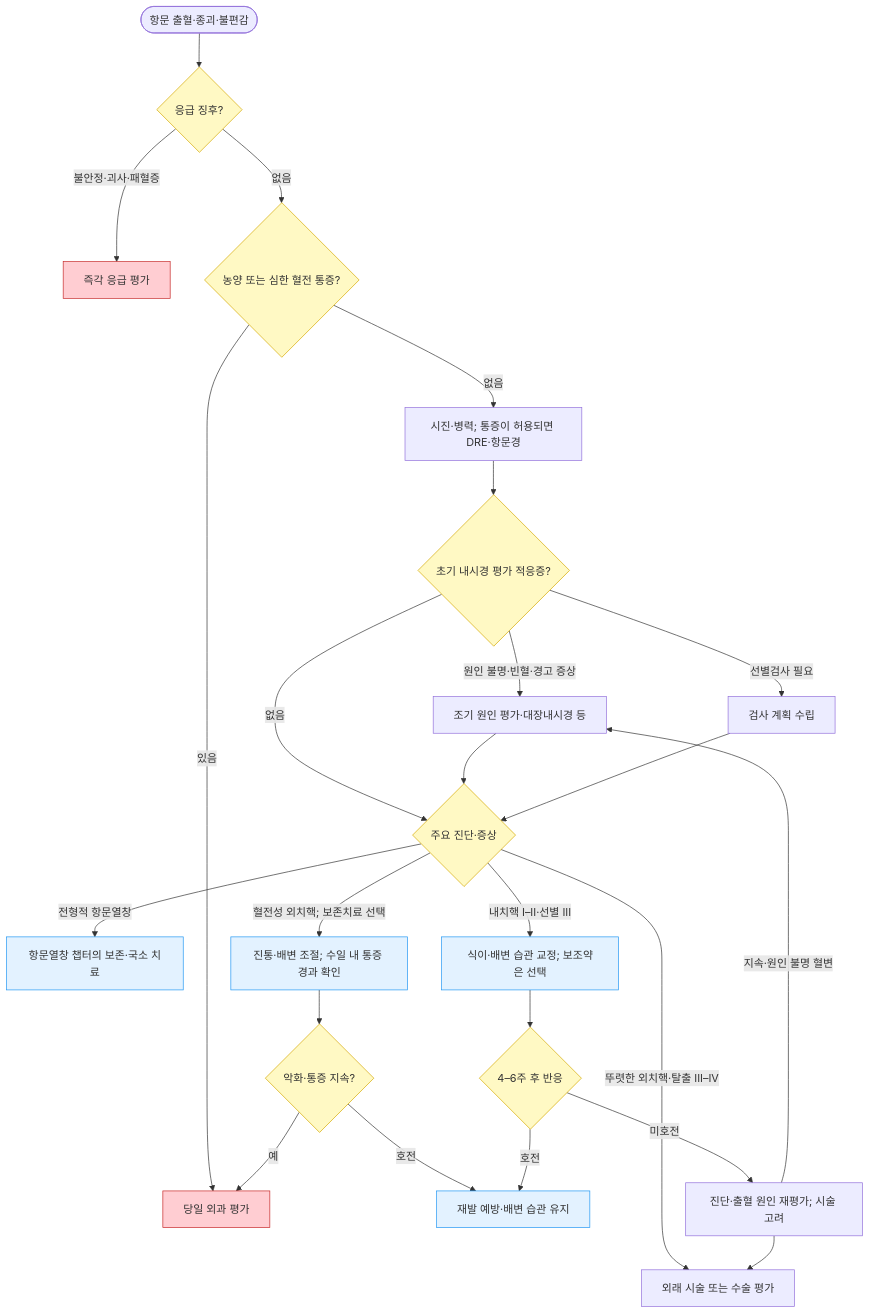
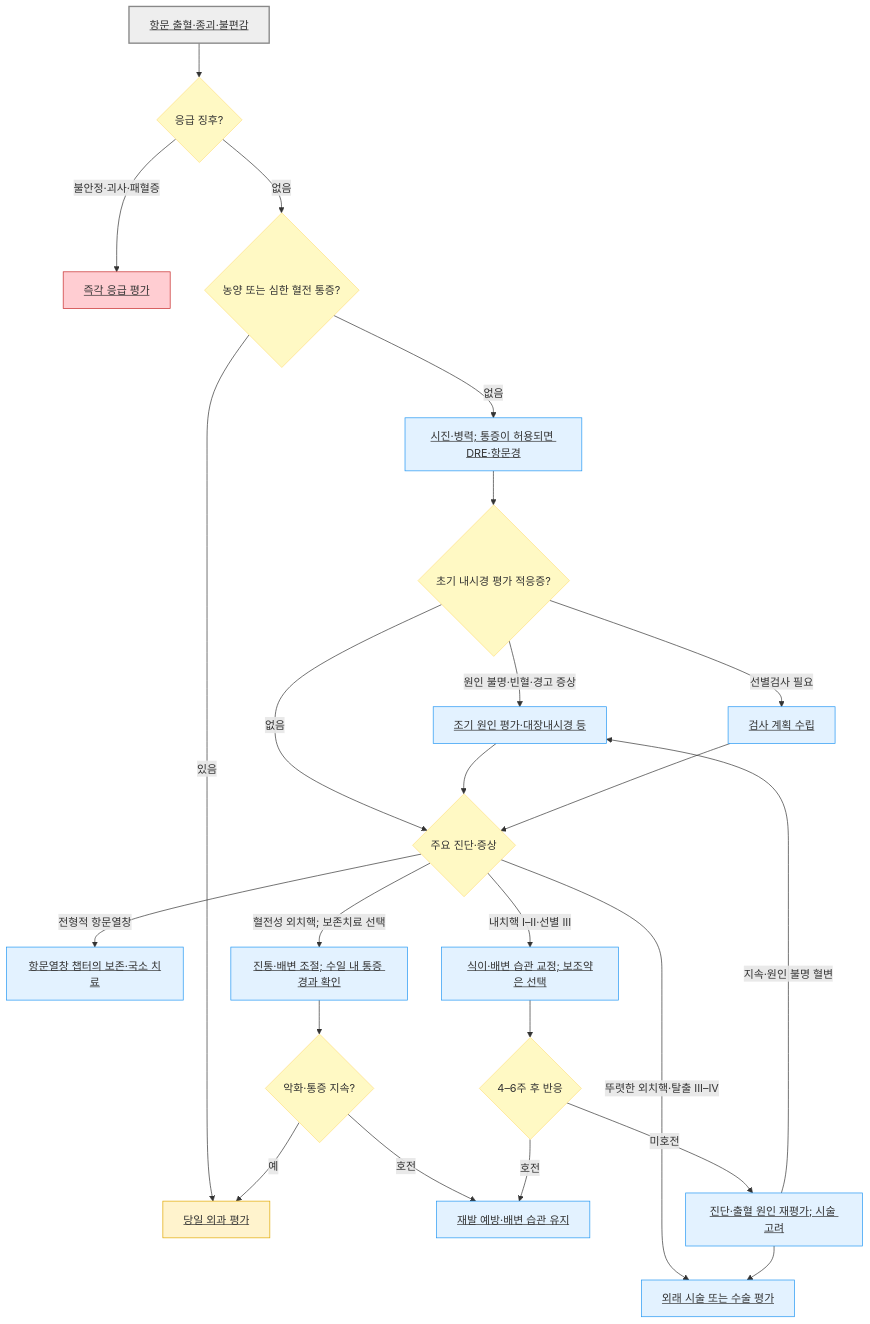
Before and after one commit to familyoh77/familyoh77: the diagram in 224_/089_-hemorrhoid.md, drawn with Mermaid. The commit also changed other lines of this file and 8 other files, not shown here.

````diff
--- a/224_/089_-hemorrhoid.md
+++ b/224_/089_-hemorrhoid.md
@@ -85,32 +85,34 @@
 ```mermaid
-graph TD
-    A(["항문 출혈·종괴·불편감"]) --> B{"응급 징후?"}
-    B -- "불안정·괴사·패혈증" --> C["즉각 응급 평가"]
+flowchart TD
+    A["<u>항문 출혈·종괴·불편감</u>"] --> B{"응급 징후?"}
+    B -- "불안정·괴사·패혈증" --> C["<u>즉각 응급 평가</u>"]
     B -- "없음" --> D{"농양 또는 심한 혈전 통증?"}
-    D -- "있음" --> X["당일 외과 평가"]
-    D -- "없음" --> E["시진·병력; 통증이 허용되면 DRE·항문경"]
+    D -- "있음" --> X["<u>당일 외과 평가</u>"]
+    D -- "없음" --> E["<u>시진·병력; 통증이 허용되면 DRE·항문경</u>"]
     E --> M{"초기 내시경 평가 적응증?"}
-    M -- "원인 불명·빈혈·경고 증상" --> N["조기 원인 평가·대장내시경 등"]
-    M -- "선별검사 필요" --> O["검사 계획 수립"]
+    M -- "원인 불명·빈혈·경고 증상" --> N["<u>조기 원인 평가·대장내시경 등</u>"]
+    M -- "선별검사 필요" --> O["<u>검사 계획 수립</u>"]
     M -- "없음" --> P{"주요 진단·증상"}
     N --> P
     O --> P
-    P -- "전형적 항문열창" --> S["항문열창 챕터의 보존·국소 치료"]
-    P -- "혈전성 외치핵; 보존치료 선택" --> G["진통·배변 조절; 수일 내 통증 경과 확인"]
-    P -- "내치핵 I–II·선별 III" --> H["식이·배변 습관 교정; 보조약은 선택"]
-    P -- "뚜렷한 외치핵·탈출 III–IV" --> J["외래 시술 또는 수술 평가"]
+    P -- "전형적 항문열창" --> S["<u>항문열창 챕터의 보존·국소 치료</u>"]
+    P -- "혈전성 외치핵; 보존치료 선택" --> G["<u>진통·배변 조절; 수일 내 통증 경과 확인</u>"]
+    P -- "내치핵 I–II·선별 III" --> H["<u>식이·배변 습관 교정; 보조약은 선택</u>"]
+    P -- "뚜렷한 외치핵·탈출 III–IV" --> J["<u>외래 시술 또는 수술 평가</u>"]
     G --> T{"악화·통증 지속?"}
     T -- "예" --> X
-    T -- "호전" --> L["재발 예방·배변 습관 유지"]
+    T -- "호전" --> L["<u>재발 예방·배변 습관 유지</u>"]
     H --> K{"4–6주 후 반응"}
     K -- "호전" --> L
-    K -- "미호전" --> I["진단·출혈 원인 재평가; 시술 고려"]
+    K -- "미호전" --> I["<u>진단·출혈 원인 재평가; 시술 고려</u>"]
     I -- "지속·원인 불명 혈변" --> N
     I --> J
     classDef red fill:#ffcdd2,stroke:#c62828
-    class C,X red
-    classDef yellow fill:#fff9c4,stroke:#d4a900
-    class B,D,M,P,T,K yellow
+    class C red
+    style X fill:#fff3cd,stroke:#e0a800
+    classDef question fill:#fff9c4,stroke:#ffe082
+    class B,D,M,P,T,K question
     classDef blue fill:#e3f2ff,stroke:#2196f3
-    class G,H,S,L blue
+    class E,G,H,S,L,N,O,J,I blue
+    style A fill:#eeeeee,stroke:#888888,stroke-width:2px
 ```
````
